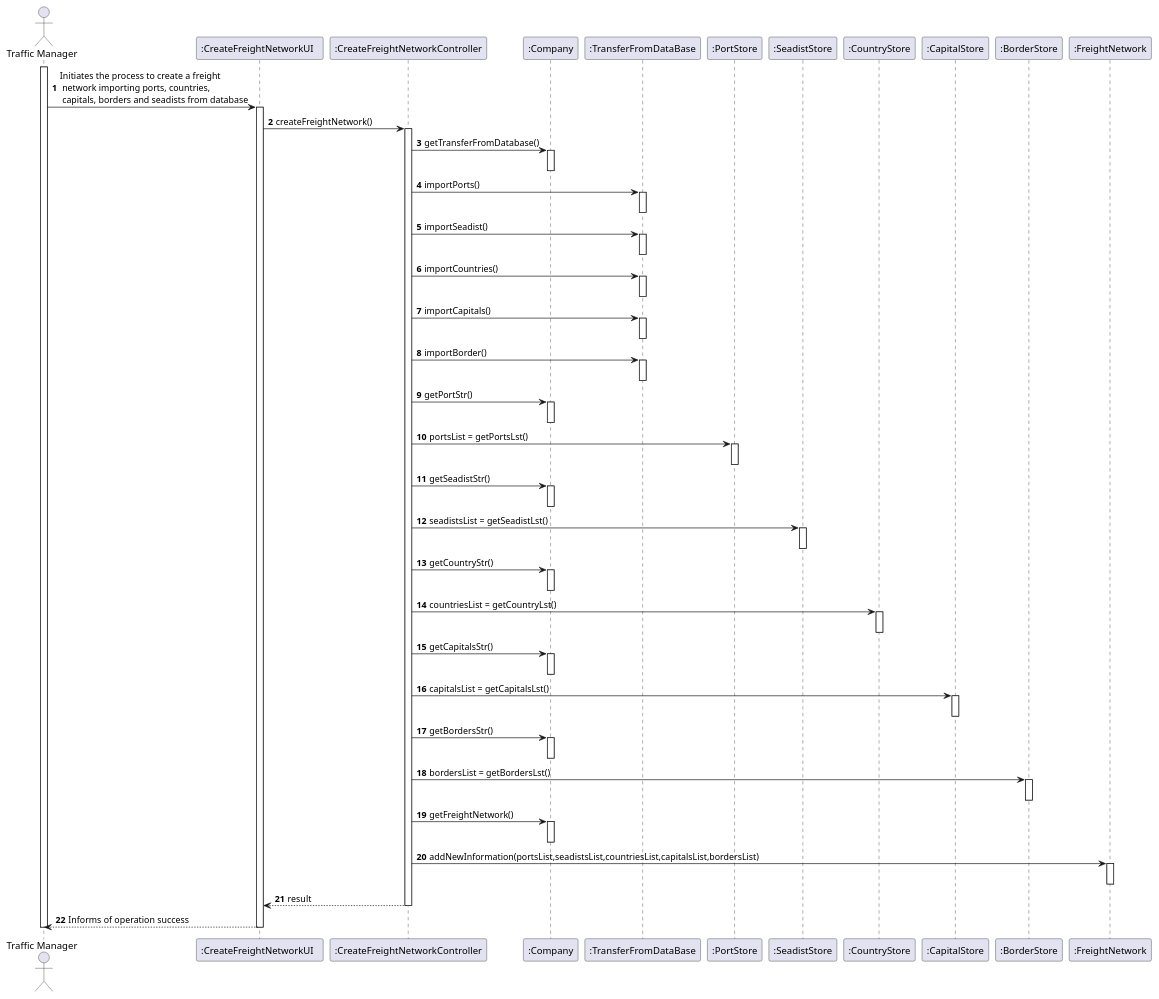
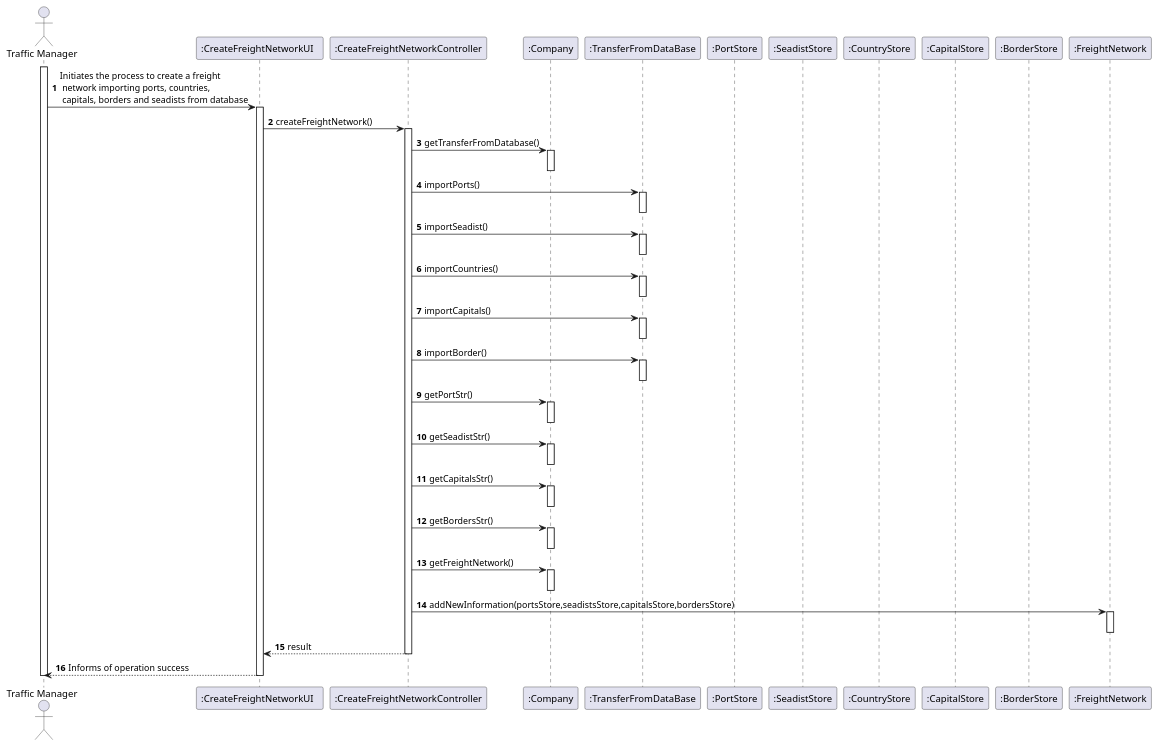
Before and after one commit to 0franciscor/lapr3-2021-g042: the diagram in docs/US301/US301_SD.puml, drawn with PlantUML. The commit also changed 18 other files, not shown here.

```diff
--- a/docs/US301/US301_SD.puml
+++ b/docs/US301/US301_SD.puml
@@ -1,85 +1,67 @@
 @startuml
 'https://plantuml.com/sequence-diagram
 
 autonumber
 actor "Traffic Manager" as TM
 participant ":CreateFreightNetworkUI  " as UI
 participant ":CreateFreightNetworkController" as CTRL
 participant ":Company" as CMP
 participant ":TransferFromDataBase" as transfer
 participant ":PortStore" as pStore
 participant ":SeadistStore" as sStore
 participant ":CountryStore" as cStore
 participant ":CapitalStore" as capitals
 participant ":BorderStore" as bStore
 participant ":FreightNetwork" as network
 
 
 activate TM
 TM -> UI: Initiates the process to create a freight \n network importing ports, countries,\n capitals, borders and seadists from database
 activate UI
 UI -> CTRL : createFreightNetwork()
 activate CTRL
 CTRL -> CMP : getTransferFromDatabase()
 activate CMP
 deactivate CMP
 CTRL -> transfer : importPorts()
 activate transfer
 deactivate transfer
 CTRL -> transfer : importSeadist()
 activate transfer
 deactivate transfer
 CTRL -> transfer : importCountries()
 activate transfer
 deactivate transfer
 CTRL -> transfer : importCapitals()
 activate transfer
 deactivate transfer
 CTRL -> transfer : importBorder()
 activate transfer
 deactivate transfer
 CTRL -> CMP: getPortStr()
 activate CMP
 deactivate CMP
-CTRL-> pStore : portsList = getPortsLst()
-activate pStore
-deactivate pStore
 CTRL -> CMP: getSeadistStr()
 activate CMP
 deactivate CMP
-CTRL-> sStore : seadistsList = getSeadistLst()
-activate sStore
-deactivate sStore
-CTRL -> CMP: getCountryStr()
-activate CMP
-deactivate CMP
-CTRL-> cStore : countriesList = getCountryLst()
-activate cStore
-deactivate cStore
 CTRL -> CMP: getCapitalsStr()
 activate CMP
 deactivate CMP
-CTRL-> capitals : capitalsList = getCapitalsLst()
-activate capitals
-deactivate capitals
 CTRL -> CMP: getBordersStr()
 activate CMP
 deactivate CMP
-CTRL-> bStore : bordersList = getBordersLst()
-activate bStore
-deactivate bStore
 CTRL -> CMP : getFreightNetwork()
 activate CMP
 deactivate CMP
-CTRL->network : addNewInformation(portsList,seadistsList,countriesList,capitalsList,bordersList)
+CTRL->network : addNewInformation(portsStore,seadistsStore,capitalsStore,bordersStore)
 activate network
 deactivate network
 CTRL --> UI: result
 deactivate CTRL
 
 UI --> TM : Informs of operation success
 deactivate UI
 
 deactivate TM
 
 @enduml
```
